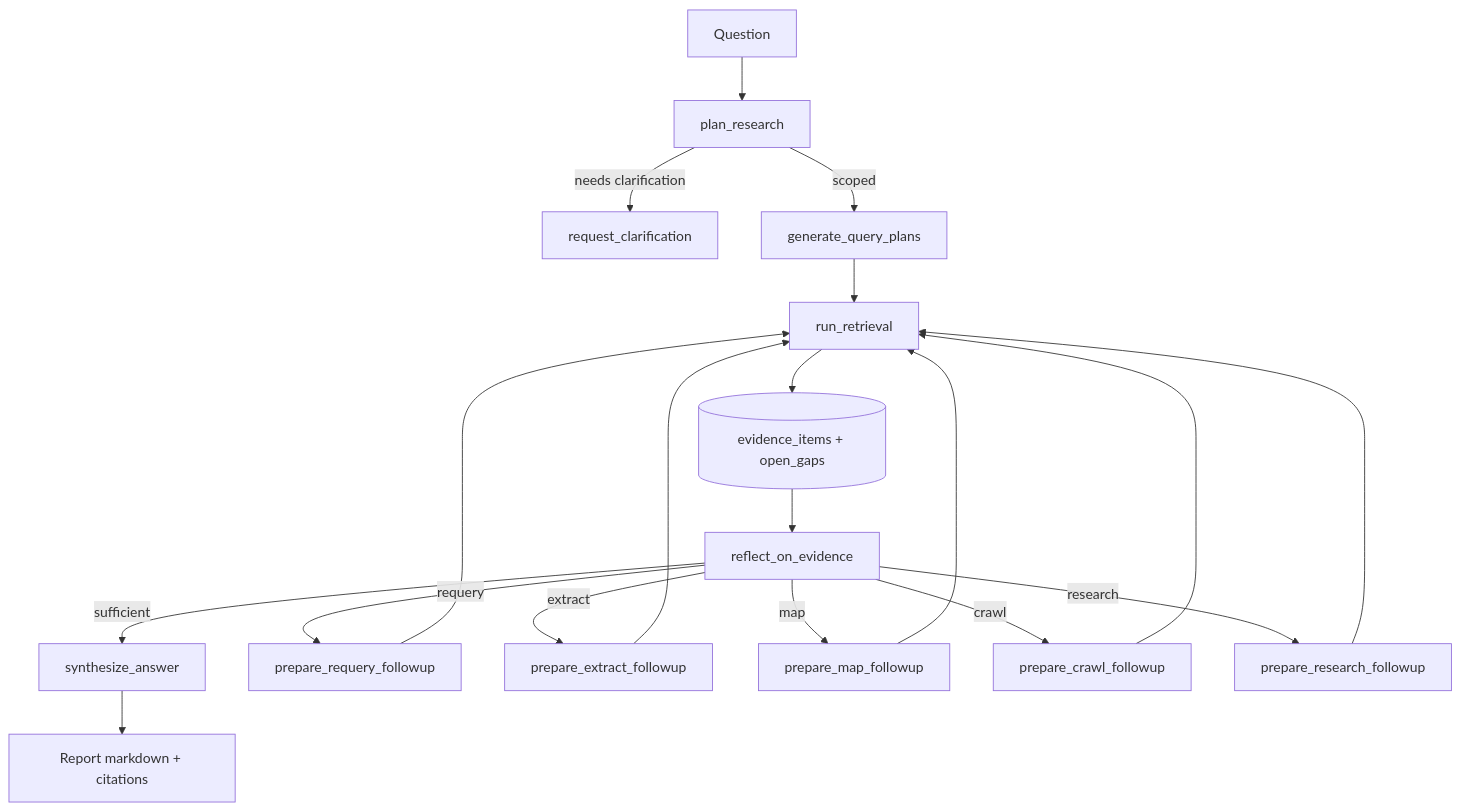
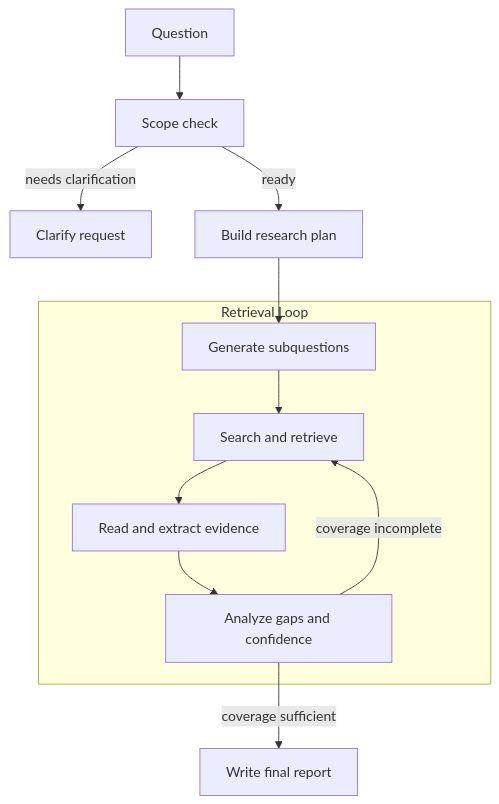
The fourth of 4 diagrams in README.md (pr1m8/perplexity-at-home), drawn with Mermaid before and after one commit. The commit also changed other lines of this file and 3 other files, not shown here.

Commit message:
docs: align workflow diagrams and release flow

````diff
--- a/README.md
+++ b/README.md
@@ -93,25 +139,16 @@
 ```mermaid
 flowchart TD
-    Q[Question] --> PLAN[plan_research]
-    PLAN -->|needs clarification| CLARIFY[request_clarification]
-    PLAN -->|scoped| QUERY[generate_query_plans]
+    Q[Question] --> SCOPE[Scope check]
+    SCOPE -->|needs clarification| CLARIFY[Clarify request]
+    SCOPE -->|ready| PLAN[Build research plan]
+    PLAN --> SUBQ[Generate subquestions]
 
-    QUERY --> RETRIEVE[run_retrieval]
-    RETRIEVE --> EVIDENCE[(evidence_items + open_gaps)]
-    EVIDENCE --> REFLECT[reflect_on_evidence]
+    subgraph Retrieval Loop
+        SUBQ --> SEARCH[Search and retrieve]
+        SEARCH --> READ[Read and extract evidence]
+        READ --> ANALYZE[Analyze gaps and confidence]
+        ANALYZE -->|coverage incomplete| SEARCH
+    end
 
-    REFLECT -->|sufficient| ANSWER[synthesize_answer]
-    REFLECT -->|requery| RQ[prepare_requery_followup]
-    REFLECT -->|extract| EX[prepare_extract_followup]
-    REFLECT -->|map| MAP[prepare_map_followup]
-    REFLECT -->|crawl| CR[prepare_crawl_followup]
-    REFLECT -->|research| RS[prepare_research_followup]
-
-    RQ --> RETRIEVE
-    EX --> RETRIEVE
-    MAP --> RETRIEVE
-    CR --> RETRIEVE
-    RS --> RETRIEVE
-
-    ANSWER --> REPORT[Report markdown + citations]
+    ANALYZE -->|coverage sufficient| REPORT[Write final report]
 ```
````
